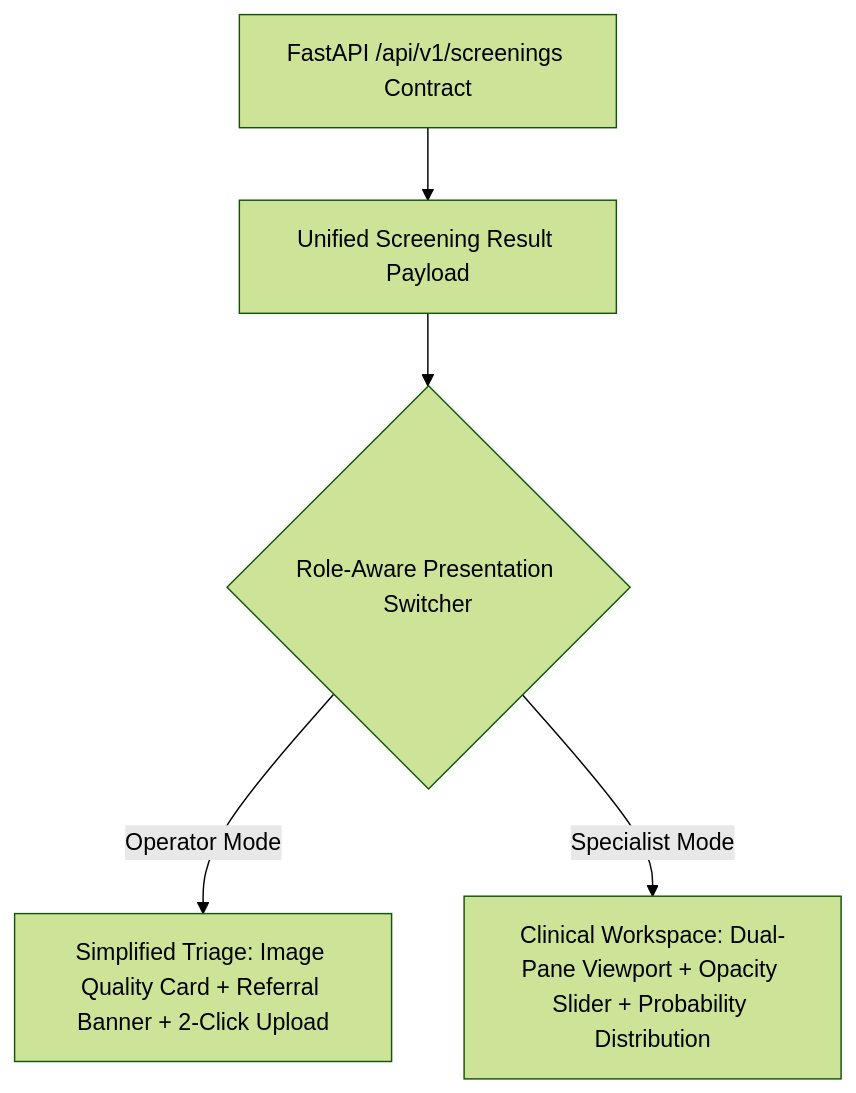
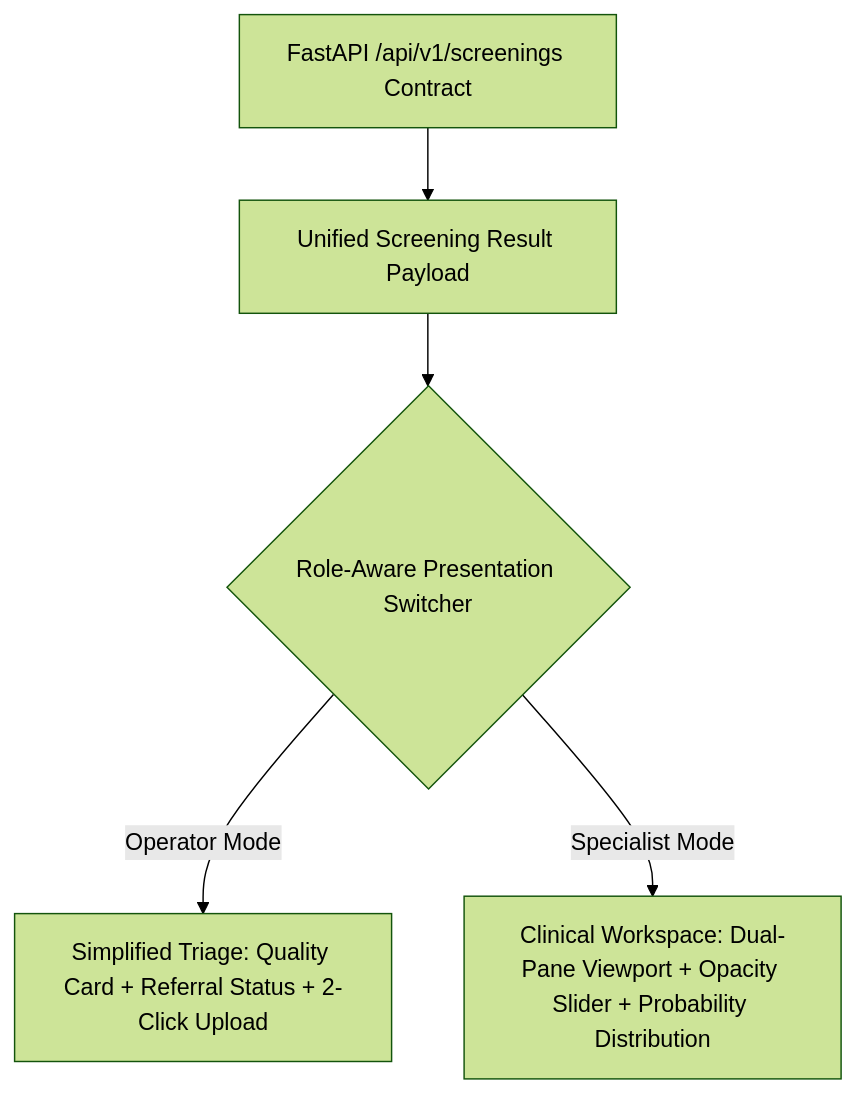
The diagram in docs/design_research/component_specification.md (DevWithOm/Eyeris), drawn with Mermaid (forest theme) before and after one commit. The commit also changed other lines of this file and 5 other files, not shown here.

````diff
--- a/docs/design_research/component_specification.md
+++ b/docs/design_research/component_specification.md
@@ -109,7 +114,7 @@
 ```mermaid
 graph TD
     API[FastAPI /api/v1/screenings Contract] --> Payload[Unified Screening Result Payload]
     Payload --> ModeSwitch{Role-Aware Presentation Switcher}
-    ModeSwitch -->|Operator Mode| OpView[Simplified Triage: Image Quality Card + Referral Banner + 2-Click Upload]
+    ModeSwitch -->|Operator Mode| OpView[Simplified Triage: Quality Card + Referral Status + 2-Click Upload]
     ModeSwitch -->|Specialist Mode| SpecView[Clinical Workspace: Dual-Pane Viewport + Opacity Slider + Probability Distribution]
 ```
````
